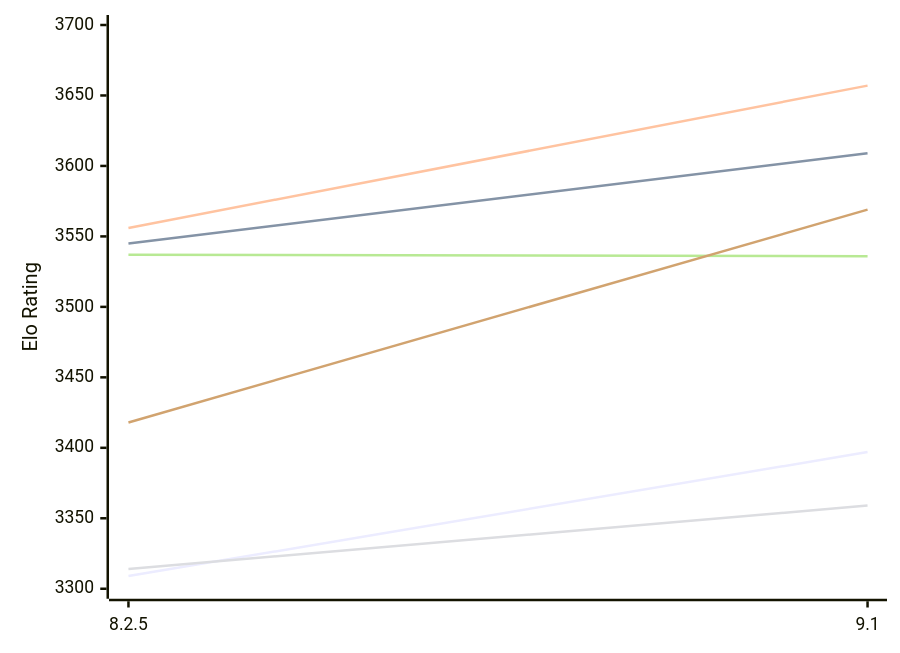
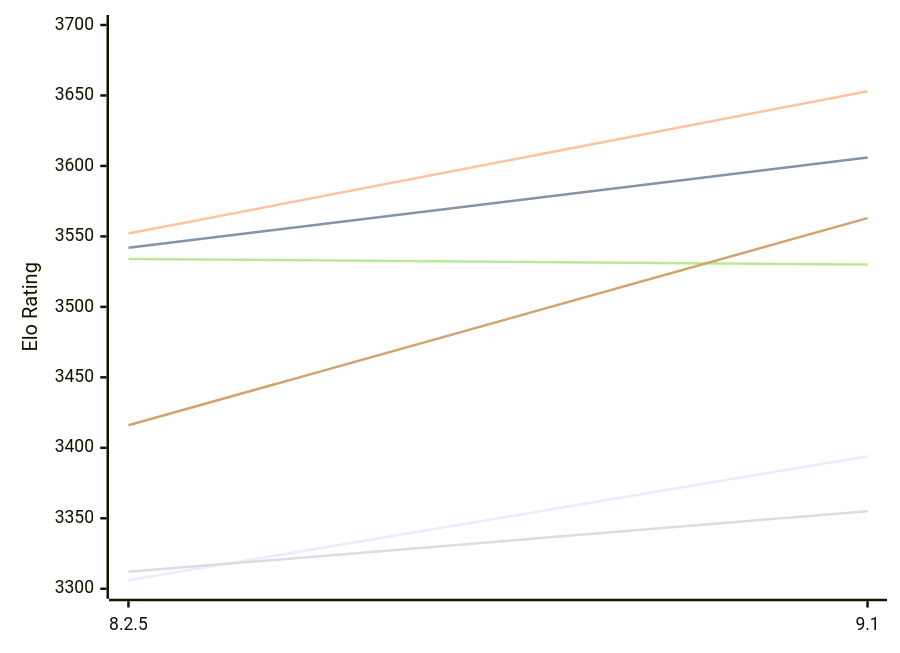
One commit to computer-chess-index/cci changed the first of 2 diagrams in engines/Clover.md. Above: the diagram before and after it, drawn with Mermaid. The commit also changed other lines of this file, not shown here.

Commit message:
Update CCI Ratings (ELO VLTC) - 2026-11-19

````diff
--- a/engines/Clover.md
+++ b/engines/Clover.md
@@ -52,12 +52,12 @@
 ```mermaid
 %%{init: {"theme":"base","themeVariables":{"seriesColors:['#a3a3a3','#222221','#faa371']}}}%%
 xychart-beta
   x-axis ["8.2.5", "9.1"]
   y-axis "Elo Rating" 3300 --> 3700
-  line "E1: STC (8.0+0.08s)" [3309, 3397]
-  line "E1: LTC (60.0+0.60s)" [3545, 3609]
-  line "E1: VLTC (2m24s+1.12s)" [3556, 3657]
-  line "P1: STC (8.0+0.08s)" [3314, 3359]
-  line "P1: LTC (60.0+0.60s)" [3537, 3536]
-  line "P1: VLTC (2m24s+1.12s)" [3418, 3569]
+  line "E1: STC (8.0+0.08s)" [3306, 3394]
+  line "E1: LTC (60.0+0.60s)" [3542, 3606]
+  line "E1: VLTC (2m24s+1.12s)" [3552, 3653]
+  line "P1: STC (8.0+0.08s)" [3312, 3355]
+  line "P1: LTC (60.0+0.60s)" [3534, 3530]
+  line "P1: VLTC (2m24s+1.12s)" [3416, 3563]
 ```
````
